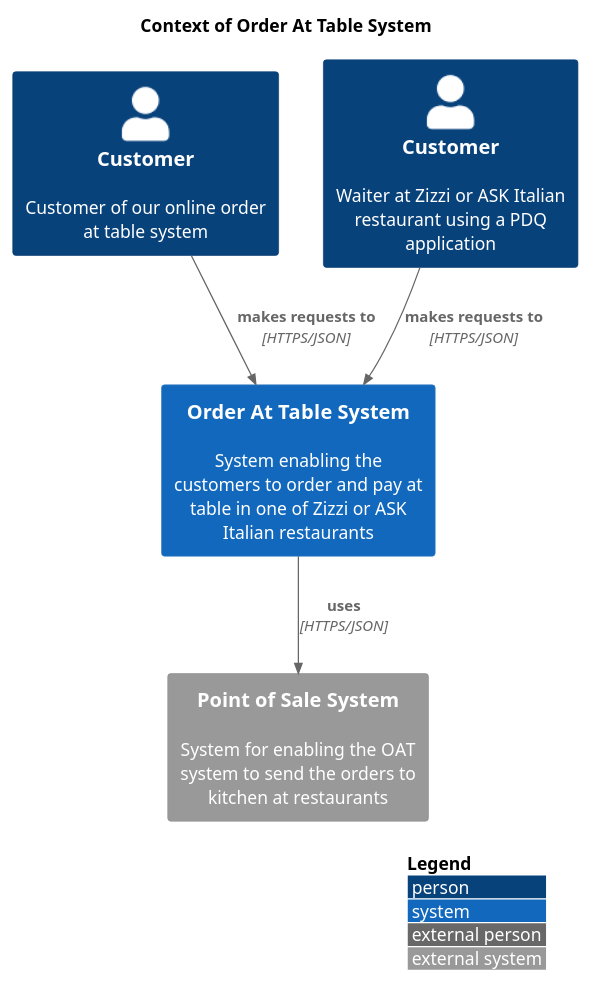
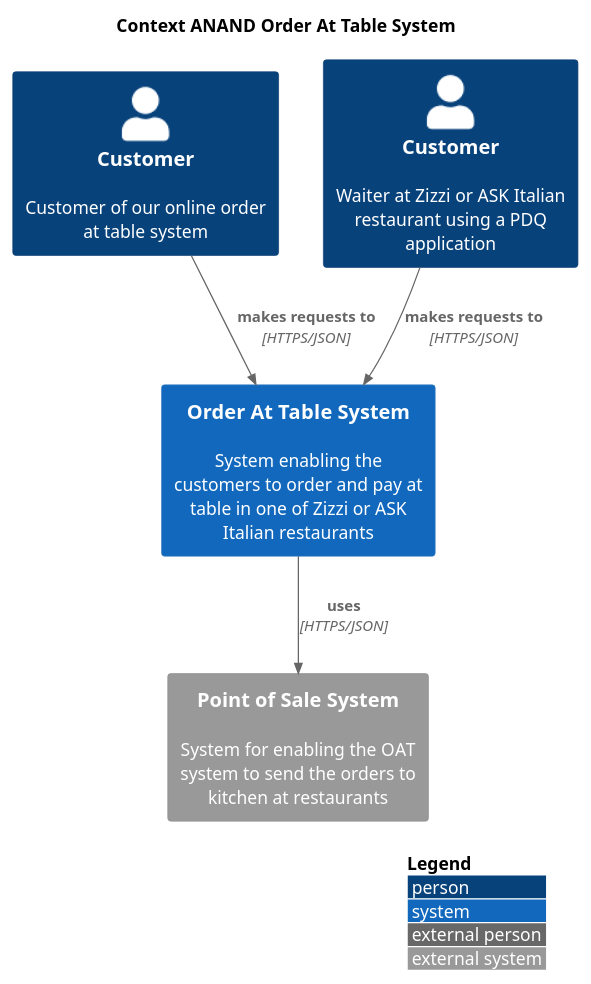
One commit to anandakumarpalanisamy/css-recipes changed the diagram in uml/oatcontext2.puml. Above: the diagram before and after it, drawn with PlantUML.

```diff
--- a/uml/oatcontext2.puml
+++ b/uml/oatcontext2.puml
@@ -3,17 +3,17 @@
 @startuml
 !include https://raw.githubusercontent.com/plantuml-stdlib/C4-PlantUML/master/C4_Context.puml
 
 LAYOUT_WITH_LEGEND()
 
-title Context of Order At Table System
+title Context ANAND Order At Table System
 
 Person(ecommCustomer, Customer, "Customer of our online order at table system")
 Person(pdqWaiter, Customer, "Waiter at Zizzi or ASK Italian restaurant using a PDQ application")
 System(oat, "Order At Table System", "System enabling the customers to order and pay at table in one of Zizzi or ASK Italian restaurants")
 System_Ext(comtrex, "Point of Sale System", "System for enabling the OAT system to send the orders to kitchen at restaurants")
 
 Rel(ecommCustomer, oat, "makes requests to", "HTTPS/JSON")
 Rel(pdqWaiter, oat, "makes requests to", "HTTPS/JSON")
 Rel(oat, comtrex, "uses", "HTTPS/JSON")
 
 @enduml
```
